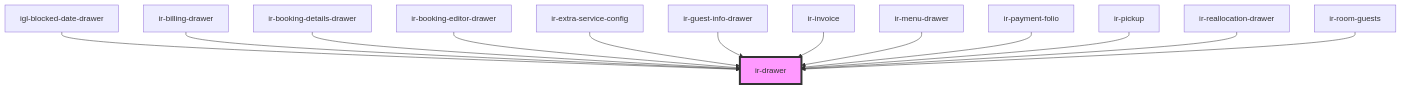
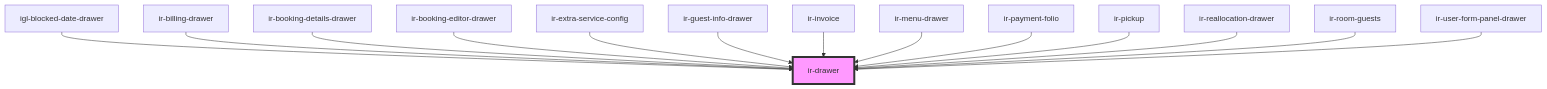
One commit to RonyRizk/ir-webcmp changed the diagram in src/components/ir-drawer/readme.md. Above: the diagram before and after it, drawn with Mermaid. The commit also changed other lines of this file and 45 other files, not shown here.

````diff
--- a/src/components/ir-drawer/readme.md
+++ b/src/components/ir-drawer/readme.md
@@ -45,16 +46,17 @@
 ```mermaid
 graph TD;
   igl-blocked-date-drawer --> ir-drawer
   ir-billing-drawer --> ir-drawer
   ir-booking-details-drawer --> ir-drawer
   ir-booking-editor-drawer --> ir-drawer
   ir-extra-service-config --> ir-drawer
   ir-guest-info-drawer --> ir-drawer
   ir-invoice --> ir-drawer
   ir-menu-drawer --> ir-drawer
   ir-payment-folio --> ir-drawer
   ir-pickup --> ir-drawer
   ir-reallocation-drawer --> ir-drawer
   ir-room-guests --> ir-drawer
+  ir-user-form-panel-drawer --> ir-drawer
   style ir-drawer fill:#f9f,stroke:#333,stroke-width:4px
 ```
````
